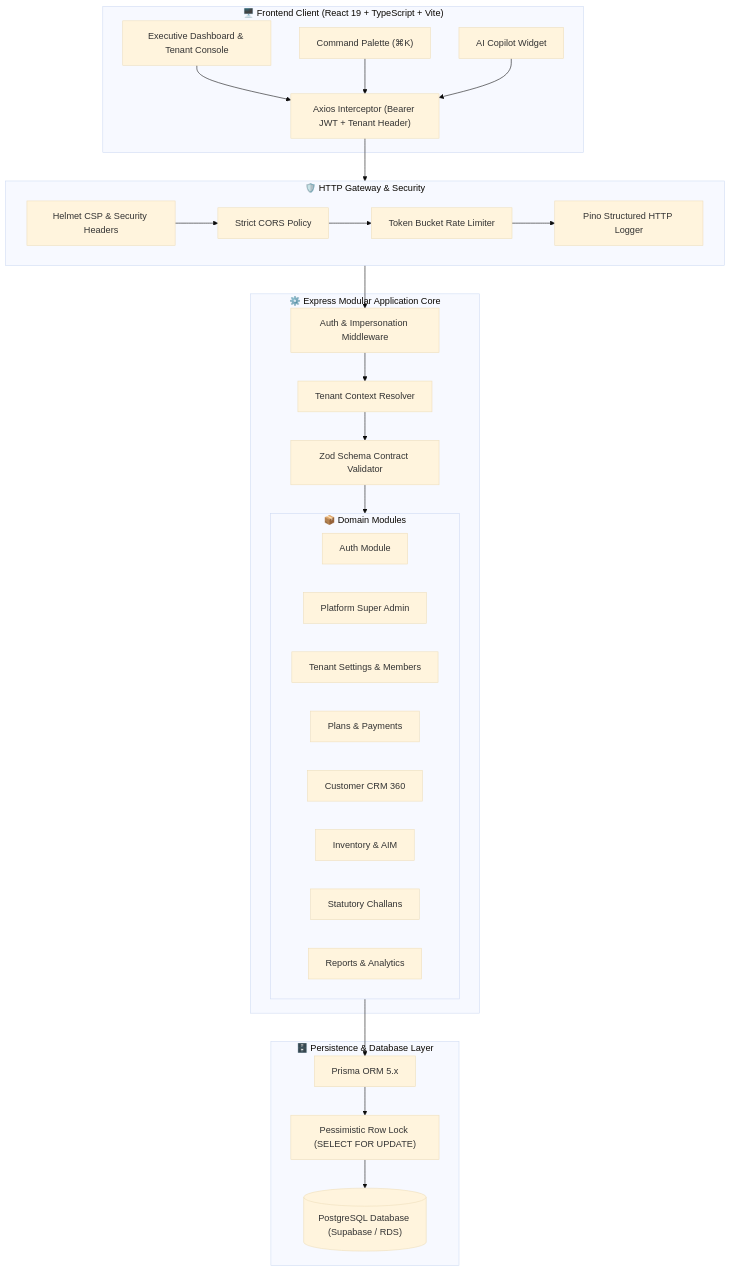
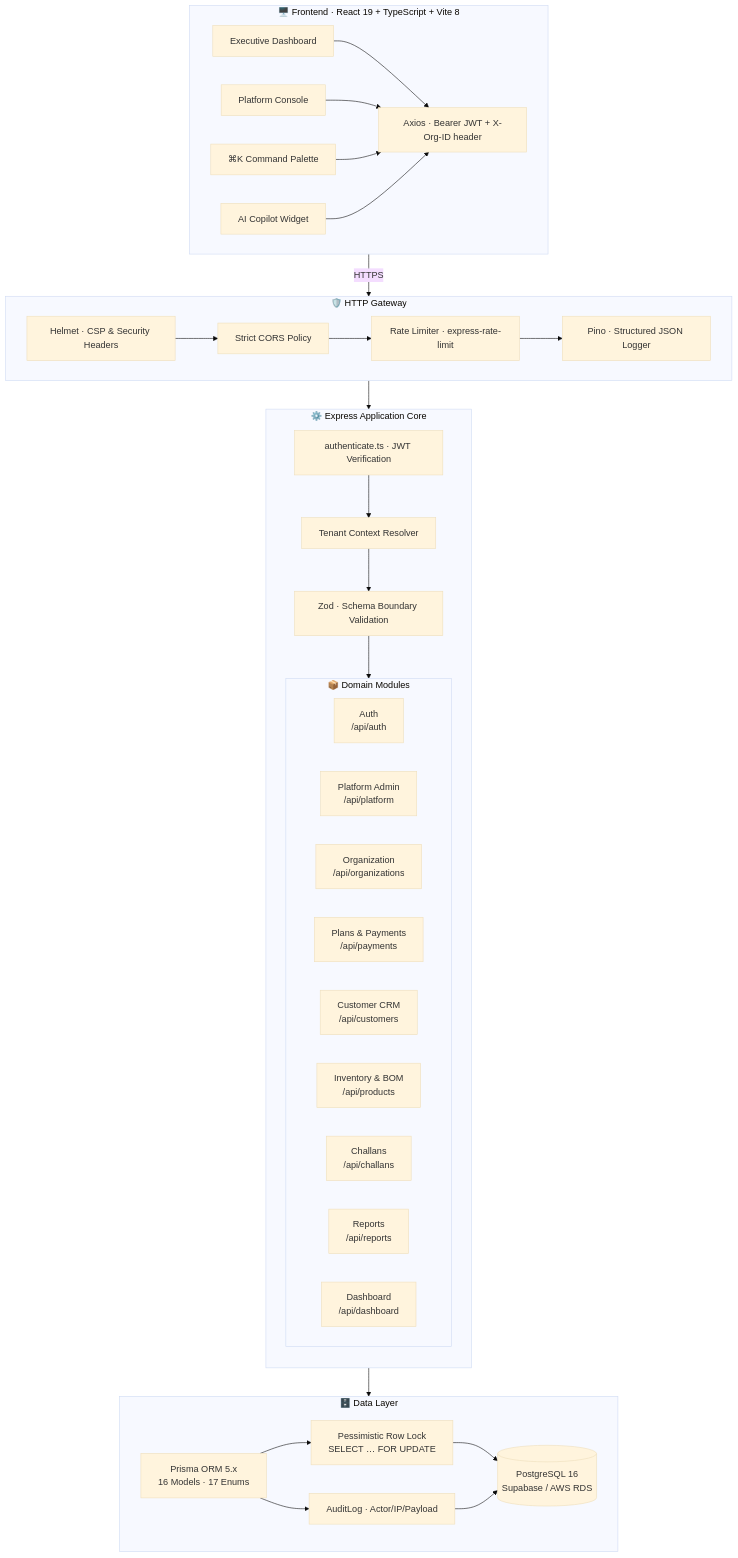
The first of 3 diagrams in README.md (aarif-123/StockPulse), drawn with Mermaid (base theme) before and after one commit. The commit also changed other lines of this file and 47 other files, not shown here.

````diff
--- a/README.md
+++ b/README.md
@@ -38,50 +48,57 @@
 ```mermaid
 flowchart TB
-    subgraph ClientLayer["🖥️ Frontend Client (React 19 + TypeScript + Vite)"]
-        UI["Executive Dashboard & Tenant Console"]
-        CMD["Command Palette (⌘K)"]
+    subgraph Client["🖥️  Frontend  ·  React 19 + TypeScript + Vite 8"]
+        direction LR
+        UI["Executive Dashboard"]
+        PLAT["Platform Console"]
+        CMD["⌘K Command Palette"]
         AI["AI Copilot Widget"]
-        HTTP["Axios Interceptor (Bearer JWT + Tenant Header)"]
-        UI --> HTTP
-        CMD --> HTTP
-        AI --> HTTP
+        AX["Axios · Bearer JWT + X-Org-ID header"]
+        UI & PLAT & CMD & AI --> AX
     end
 
-    subgraph GatewayLayer["🛡️ HTTP Gateway & Security"]
-        HELMET["Helmet CSP & Security Headers"]
+    subgraph Gateway["🛡️  HTTP Gateway"]
+        direction LR
+        HELMET["Helmet · CSP & Security Headers"]
         CORS["Strict CORS Policy"]
-        RATE["Token Bucket Rate Limiter"]
-        LOGGER["Pino Structured HTTP Logger"]
-        HELMET --> CORS --> RATE --> LOGGER
+        RATE["Rate Limiter · express-rate-limit"]
+        LOG["Pino · Structured JSON Logger"]
+        HELMET --> CORS --> RATE --> LOG
     end
 
-    subgraph AppLayer["⚙️ Express Modular Application Core"]
-        AUTH_MW["Auth & Impersonation Middleware"]
+    subgraph App["⚙️  Express Application Core"]
+        direction TB
+        AUTH_MW["authenticate.ts · JWT Verification"]
         TENANT_MW["Tenant Context Resolver"]
-        
-        subgraph DomainModules["📦 Domain Modules"]
-            MOD_AUTH["Auth Module"]
-            MOD_PLATFORM["Platform Super Admin"]
-            MOD_ORG["Tenant Settings & Members"]
-            MOD_PAY["Plans & Payments"]
-            MOD_CRM["Customer CRM 360"]
-            MOD_INV["Inventory & AIM"]
-            MOD_CHAL["Statutory Challans"]
-            MOD_REP["Reports & Analytics"]
+        ZOD["Zod · Schema Boundary Validation"]
+
+        subgraph Modules["📦  Domain Modules"]
+            direction LR
+            M_AUTH["Auth\n/api/auth"]
+            M_PLAT["Platform Admin\n/api/platform"]
+            M_ORG["Organization\n/api/organizations"]
+            M_PAY["Plans & Payments\n/api/payments"]
+            M_CRM["Customer CRM\n/api/customers"]
+            M_INV["Inventory & BOM\n/api/products"]
+            M_CHAL["Challans\n/api/challans"]
+            M_REP["Reports\n/api/reports"]
+            M_DASH["Dashboard\n/api/dashboard"]
         end
-        
-        ZOD["Zod Schema Contract Validator"]
+
+        AUTH_MW --> TENANT_MW --> ZOD --> Modules
     end
 
-    subgraph DataLayer["🗄️ Persistence & Database Layer"]
-        PRISMA["Prisma ORM 5.x"]
-        LOCK["Pessimistic Row Lock (SELECT FOR UPDATE)"]
-        PG[("PostgreSQL Database (Supabase / RDS)")]
-        
+    subgraph Data["🗄️  Data Layer"]
+        direction LR
+        PRISMA["Prisma ORM 5.x\n16 Models · 17 Enums"]
+        LOCK["Pessimistic Row Lock\nSELECT … FOR UPDATE"]
+        AUDIT["AuditLog · Actor/IP/Payload"]
+        PG[("PostgreSQL 16\nSupabase / AWS RDS")]
         PRISMA --> LOCK --> PG
+        PRISMA --> AUDIT --> PG
     end
 
-    HTTP --> GatewayLayer
-    GatewayLayer --> AUTH_MW --> TENANT_MW --> ZOD --> DomainModules
-    DomainModules --> PRISMA
+    AX -->|HTTPS| Gateway
+    Gateway --> AUTH_MW
+    Modules --> PRISMA
 ```
````
